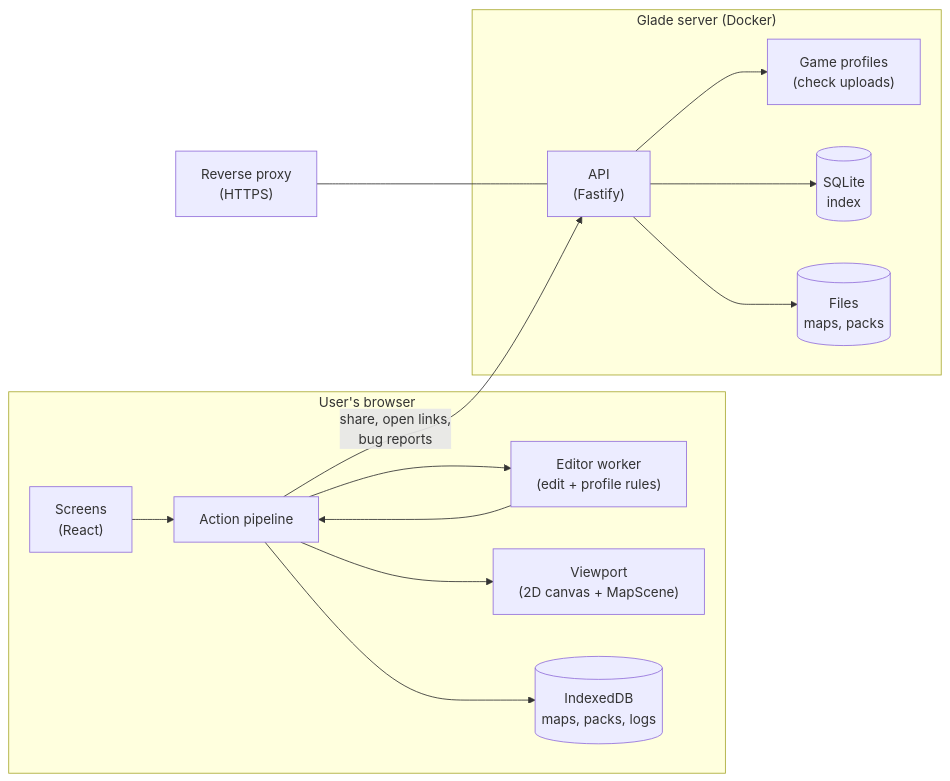
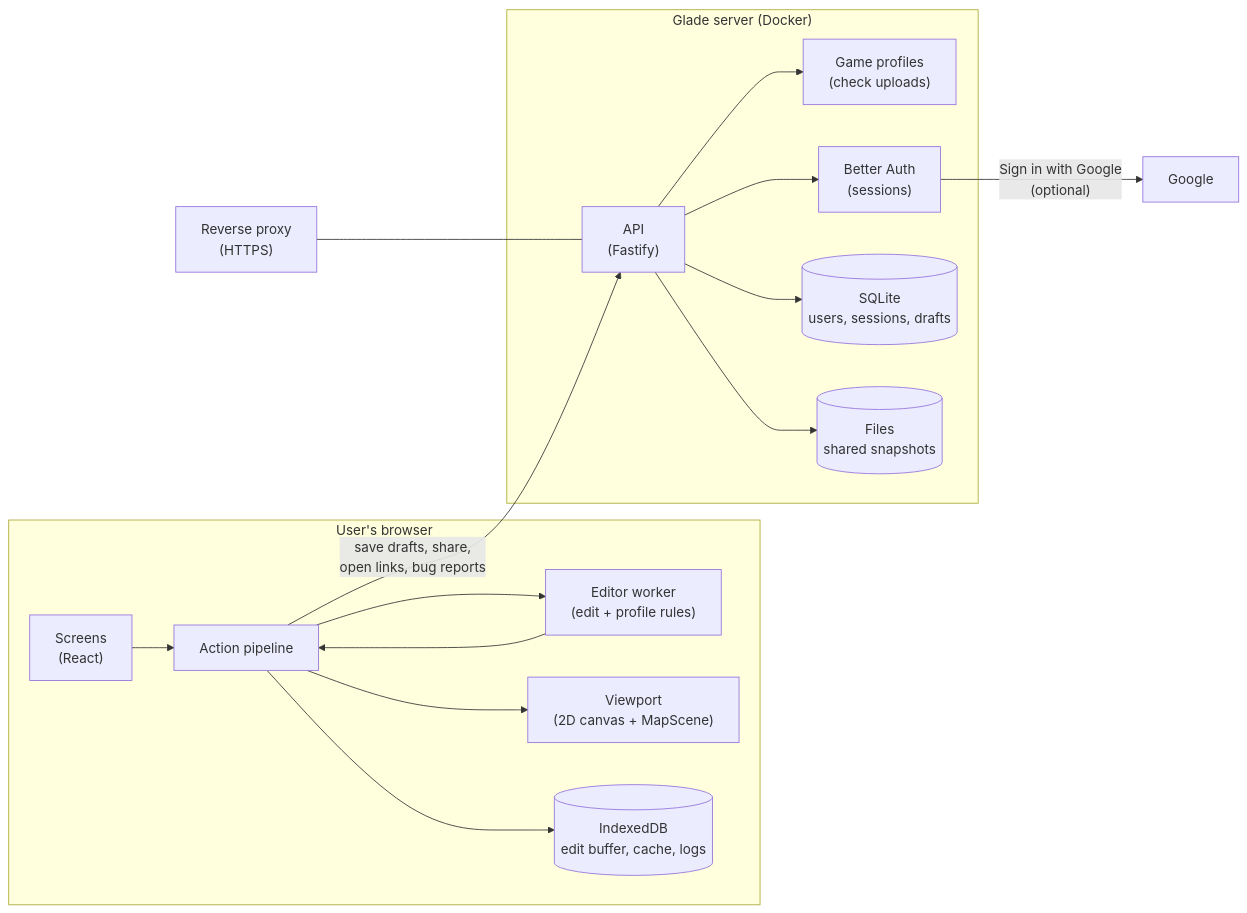
Before and after one commit to UmushiUmushi/Glade: the first of 2 diagrams in docs/architecture.md, drawn with Mermaid. The commit also changed other lines of this file and 12 other files, not shown here.

````diff
--- a/docs/architecture.md
+++ b/docs/architecture.md
@@ -123,26 +125,29 @@
 ```mermaid
 flowchart LR
     subgraph Browser["User's browser"]
         UI["Screens<br/>(React)"]
         Pipe["Action pipeline"]
         Worker["Editor worker<br/>(edit + profile rules)"]
         Stage["Viewport<br/>(2D canvas + MapScene)"]
-        IDB[("IndexedDB<br/>maps, packs, logs")]
+        IDB[("IndexedDB<br/>edit buffer, cache, logs")]
         UI --> Pipe
         Pipe --> Worker
         Worker --> Pipe
         Pipe --> Stage
         Pipe --> IDB
     end
     subgraph Server["Glade server (Docker)"]
         API["API<br/>(Fastify)"]
         Prof["Game profiles<br/>(check uploads)"]
-        DB[("SQLite<br/>index")]
-        Blobs[("Files<br/>maps, packs")]
+        Auth["Better Auth<br/>(sessions)"]
+        DB[("SQLite<br/>users, sessions, drafts")]
+        Blobs[("Files<br/>shared snapshots")]
         API --> Prof
+        API --> Auth
         API --> DB
         API --> Blobs
     end
-    Pipe -- "share, open links,<br/>bug reports" --> API
+    Pipe -- "save drafts, share,<br/>open links, bug reports" --> API
+    Auth -- "Sign in with Google<br/>(optional)" --> Google["Google"]
     Proxy["Reverse proxy<br/>(HTTPS)"] --- API
 ```
````
